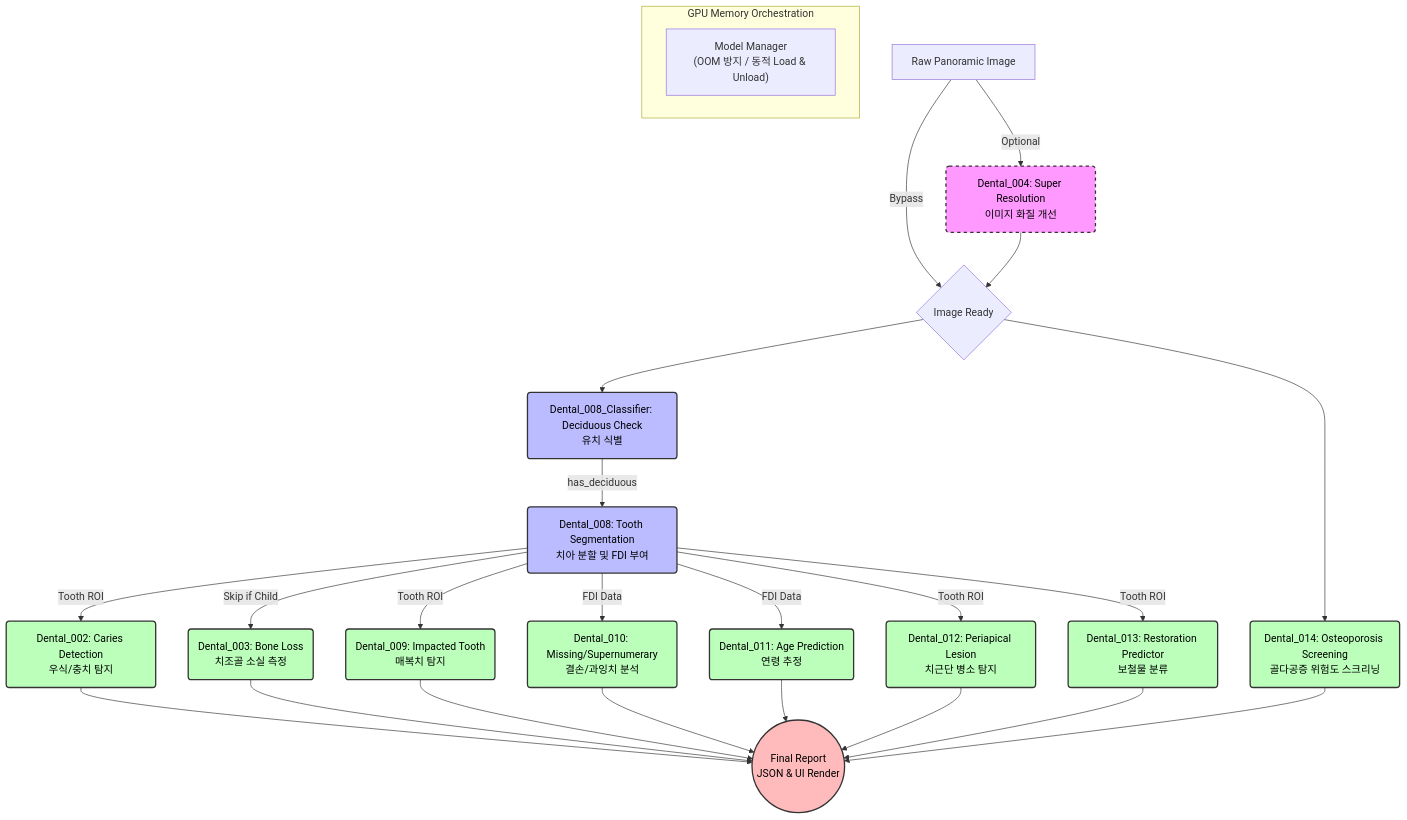
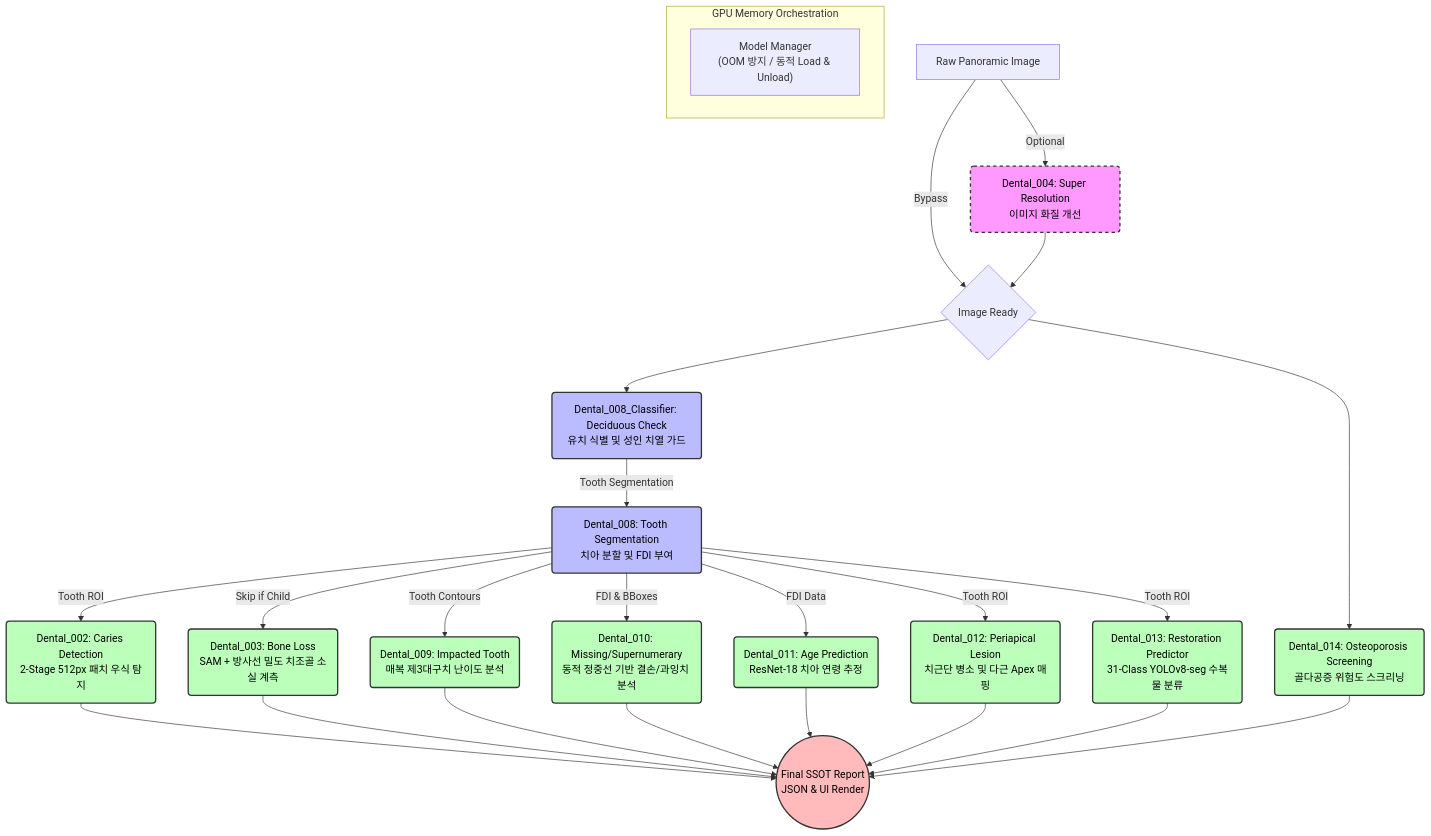
One commit to HyunchanAn/Dental_Panoramic_Reader changed the diagram in README.md. Above: the diagram before and after it, drawn with Mermaid. The commit also changed other lines of this file, not shown here.

````diff
--- a/README.md
+++ b/README.md
@@ -28,46 +24,41 @@
 ```mermaid
 graph TD
-    %% Main Inputs
     Input["Raw Panoramic Image"] --> |Optional| SR("Dental_004: Super Resolution<br/>이미지 화질 개선")
     Input --> |Bypass| MainFlow
     SR --> MainFlow{"Image Ready"}
 
-    %% Phase 1 & 2: Global Analysis & Segmentation
-    MainFlow --> D8_Class("Dental_008_Classifier: Deciduous Check<br/>유치 식별")
+    MainFlow --> D8_Class("Dental_008_Classifier: Deciduous Check<br/>유치 식별 및 성인 치열 가드")
     MainFlow --> D14("Dental_014: Osteoporosis Screening<br/>골다공증 위험도 스크리닝")
-    D8_Class --> |"has_deciduous"| D8_Seg("Dental_008: Tooth Segmentation<br/>치아 분할 및 FDI 부여")
+    D8_Class --> |"Tooth Segmentation"| D8_Seg("Dental_008: Tooth Segmentation<br/>치아 분할 및 FDI 부여")
 
-    %% Phase 3: Detailed Prediction Modules
-    D8_Seg --> |"Tooth ROI"| D2("Dental_002: Caries Detection<br/>우식/충치 탐지")
-    D8_Seg --> |"Tooth ROI"| D12("Dental_012: Periapical Lesion<br/>치근단 병소 탐지")
-    D8_Seg --> |"Tooth ROI"| D13("Dental_013: Restoration Predictor<br/>보철물 분류")
-    D8_Seg --> |"Tooth ROI"| D9("Dental_009: Impacted Tooth<br/>매복치 탐지")
-    D8_Seg --> |"FDI Data"| D10("Dental_010: Missing/Supernumerary<br/>결손/과잉치 분석")
-    D8_Seg --> |"FDI Data"| D11("Dental_011: Age Prediction<br/>연령 추정")
-    D8_Seg --> |"Skip if Child"| D3("Dental_003: Bone Loss<br/>치조골 소실 측정")
+    D8_Seg --> |"Tooth ROI"| D2("Dental_002: Caries Detection<br/>2-Stage 512px 패치 우식 탐지")
+    D8_Seg --> |"Tooth ROI"| D12("Dental_012: Periapical Lesion<br/>치근단 병소 및 다근 Apex 매핑")
+    D8_Seg --> |"Tooth ROI"| D13("Dental_013: Restoration Predictor<br/>31-Class YOLOv8-seg 수복물 분류")
+    D8_Seg --> |"Tooth Contours"| D9("Dental_009: Impacted Tooth<br/>매복 제3대구치 난이도 분석")
+    D8_Seg --> |"FDI & BBoxes"| D10("Dental_010: Missing/Supernumerary<br/>동적 정중선 기반 결손/과잉치 분석")
+    D8_Seg --> |"FDI Data"| D11("Dental_011: Age Prediction<br/>ResNet-18 치아 연령 추정")
+    D8_Seg --> |"Skip if Child"| D3("Dental_003: Bone Loss<br/>SAM + 방사선 밀도 치조골 소실 계측")
 
-    %% Post-processing & Output
-    D2 --> OutputReport(("Final Report<br/>JSON & UI Render"))
+    D2 --> OutputReport(("Final SSOT Report<br/>JSON & UI Render"))
     D3 --> OutputReport
     D9 --> OutputReport
     D10 --> OutputReport
     D11 --> OutputReport
     D12 --> OutputReport
     D13 --> OutputReport
     D14 --> OutputReport
 
-    %% Resource Management
     subgraph "GPU Memory Orchestration"
         MM["Model Manager<br/>(OOM 방지 / 동적 Load & Unload)"]
     end
 
     classDef optional fill:#f9f,stroke:#333,stroke-width:2px,stroke-dasharray: 5 5,color:#000;
     classDef core fill:#bbf,stroke:#333,stroke-width:2px,color:#000;
     classDef analysis fill:#bfb,stroke:#333,stroke-width:2px,color:#000;
     classDef output fill:#fbb,stroke:#333,stroke-width:2px,color:#000;
 
     class SR optional;
     class D8_Class,D8_Seg core;
     class D2,D3,D9,D10,D11,D12,D13,D14 analysis;
     class OutputReport output;
 ```
````
